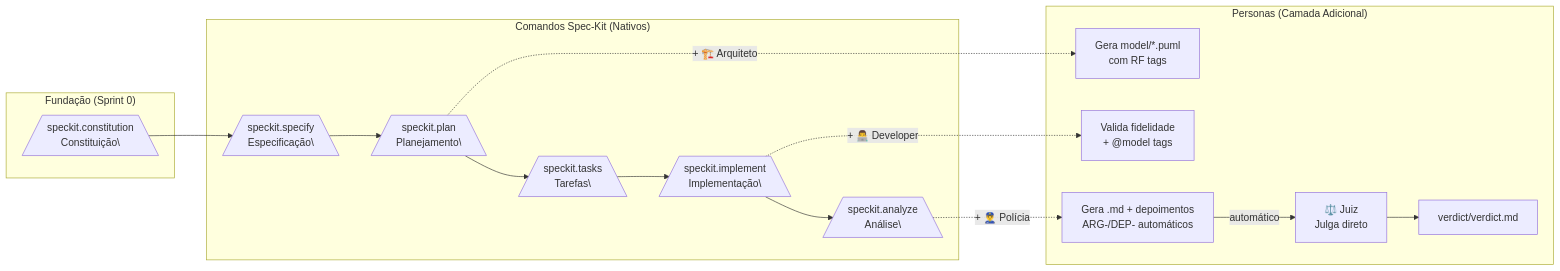
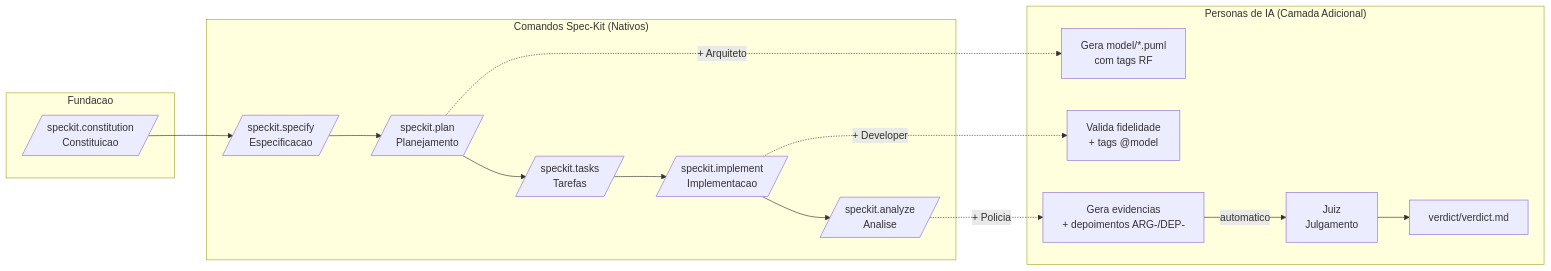
Before and after one commit to BrunoWatanabe/TCC-KPC: the first of 5 diagrams in documentacao-base/relatorios/fluxo-personas-speckit.md, drawn with Mermaid. The commit also changed other lines of this file and 2 other files, not shown here.

````diff
--- a/documentacao-base/relatorios/fluxo-personas-speckit.md
+++ b/documentacao-base/relatorios/fluxo-personas-speckit.md
@@ -17,22 +54,22 @@
 ```mermaid
 flowchart LR
-    subgraph "Fundação (Sprint 0)"
-        CONST[/speckit.constitution<br/>Constituição\\]
+    subgraph "Fundacao"
+        CONST[/speckit.constitution<br/>Constituicao/]
     end
 
     subgraph "Comandos Spec-Kit (Nativos)"
-        CONST --> A[/speckit.specify<br/>Especificação\\]
-        A --> B[/speckit.plan<br/>Planejamento\\]
-        B --> C[/speckit.tasks<br/>Tarefas\\]
-        C --> D[/speckit.implement<br/>Implementação\\]
-        D --> E[/speckit.analyze<br/>Análise\\]
+        CONST --> A[/speckit.specify<br/>Especificacao/]
+        A --> B[/speckit.plan<br/>Planejamento/]
+        B --> C[/speckit.tasks<br/>Tarefas/]
+        C --> D[/speckit.implement<br/>Implementacao/]
+        D --> E[/speckit.analyze<br/>Analise/]
     end
 
-    subgraph "Personas (Camada Adicional)"
-        B -.->|+ 🏗️ Arquiteto| B2[Gera model/*.puml<br/>com RF tags]
-        D -.->|+ 👨‍💻 Developer| D2[Valida fidelidade<br/>+ @model tags]
-        E -.->|+ 👮‍♂️ Polícia| E2[Gera .md + depoimentos<br/>ARG-/DEP- automáticos]
-        E2 -->|automático| F[⚖️ Juiz<br/>Julga direto]
+    subgraph "Personas de IA (Camada Adicional)"
+        B -.->|+ Arquiteto| B2[Gera model/*.puml<br/>com tags RF]
+        D -.->|+ Developer| D2[Valida fidelidade<br/>+ tags @model]
+        E -.->|+ Policia| E2[Gera evidencias<br/>+ depoimentos ARG-/DEP-]
+        E2 -->|automatico| F[Juiz<br/>Julgamento]
         F --> G[verdict/verdict.md]
     end
 ```
````
